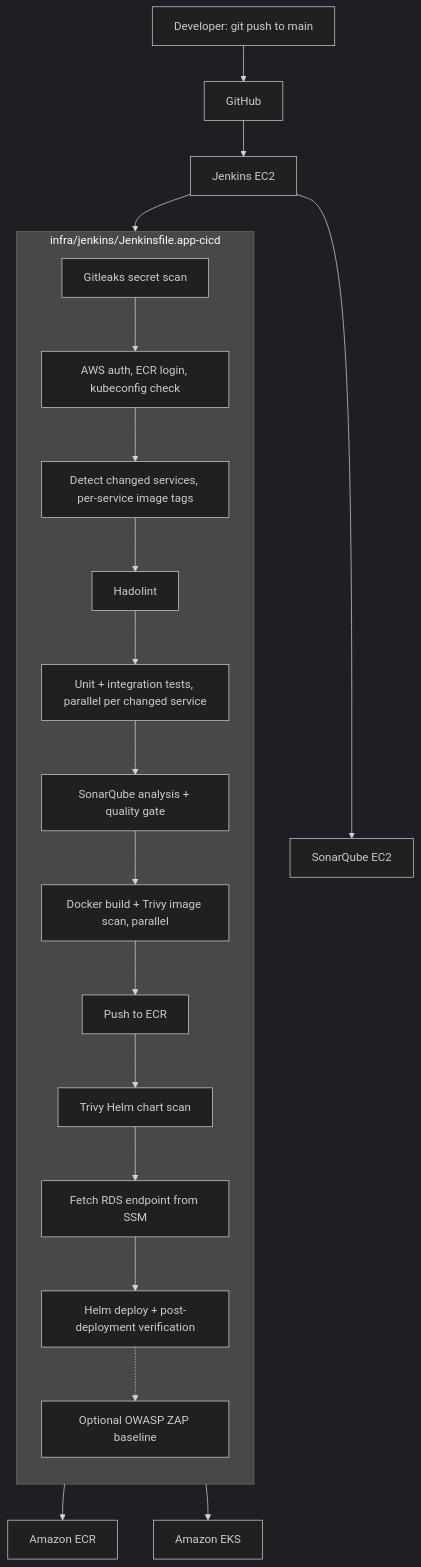
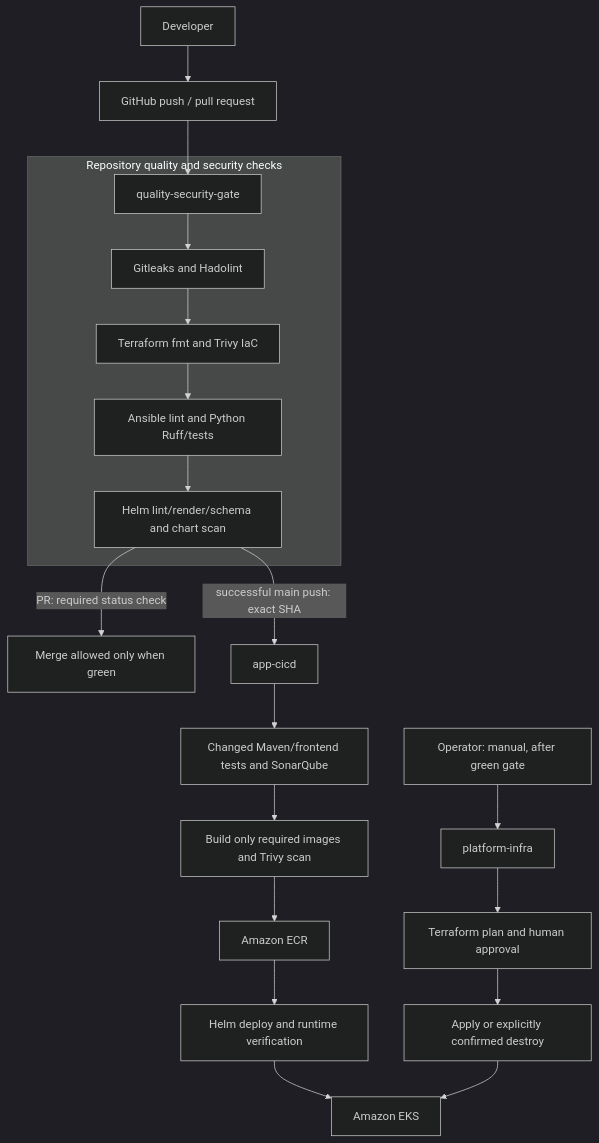
Before and after one commit to imshubhamkaushik/aws-cicd-devsecops: the first of 2 diagrams in README.md, drawn with Mermaid (dark theme). The commit also changed other lines of this file and 49 other files, not shown here.

````diff
--- a/README.md
+++ b/README.md
@@ -104,27 +104,25 @@
 ```mermaid
 flowchart TD
-    Dev[Developer: git push to main] --> GitHub[GitHub]
-    GitHub --> Jenkins[Jenkins EC2]
+    Dev[Developer] --> GitHub[GitHub push / pull request]
+    GitHub --> Gate[quality-security-gate]
 
-    subgraph CI["infra/jenkins/Jenkinsfile.app-cicd"]
-        direction TB
-        S1[Gitleaks secret scan]
-        S2[AWS auth, ECR login, kubeconfig check]
-        S3[Detect changed services, per-service image tags]
-        S4[Hadolint]
-        S5[Unit + integration tests, parallel per changed service]
-        S6[SonarQube analysis + quality gate]
-        S7[Docker build + Trivy image scan, parallel]
-        S8[Push to ECR]
-        S9[Trivy Helm chart scan]
-        S10[Fetch RDS endpoint from SSM]
-        S11[Helm deploy + post-deployment verification]
-        S12[Optional OWASP ZAP baseline]
-        S1 --> S2 --> S3 --> S4 --> S5 --> S6 --> S7 --> S8 --> S9 --> S10 --> S11 -.-> S12
+    subgraph PRE["Repository quality and security checks"]
+        Gate --> G1[Gitleaks and Hadolint]
+        G1 --> G2[Terraform fmt and Trivy IaC]
+        G2 --> G3[Ansible lint and Python Ruff/tests]
+        G3 --> G4[Helm lint/render/schema and chart scan]
     end
 
-    Jenkins --> CI
-    Jenkins --> Sonar[SonarQube EC2]
-    S8 --> ECR[Amazon ECR]
-    S11 --> EKS[Amazon EKS]
+    G4 -->|PR: required status check| PR[Merge allowed only when green]
+    G4 -->|successful main push: exact SHA| APP[app-cicd]
+    APP --> A1[Changed Maven/frontend tests and SonarQube]
+    A1 --> A2[Build only required images and Trivy scan]
+    A2 --> ECR[Amazon ECR]
+    ECR --> A3[Helm deploy and runtime verification]
+    A3 --> EKS[Amazon EKS]
+
+    OPS[Operator: manual, after green gate] --> INFRA[platform-infra]
+    INFRA --> I1[Terraform plan and human approval]
+    I1 --> I2[Apply or explicitly confirmed destroy]
+    I2 --> EKS
 ```
````
